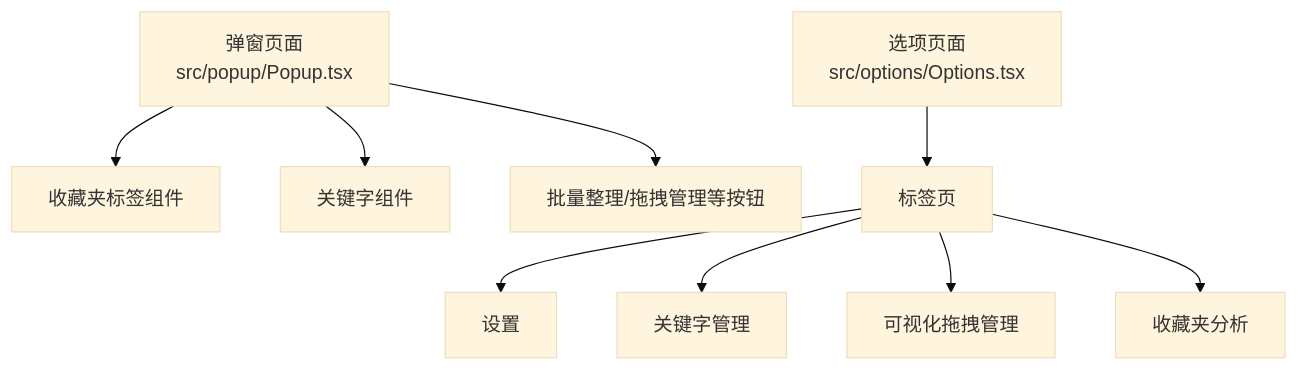
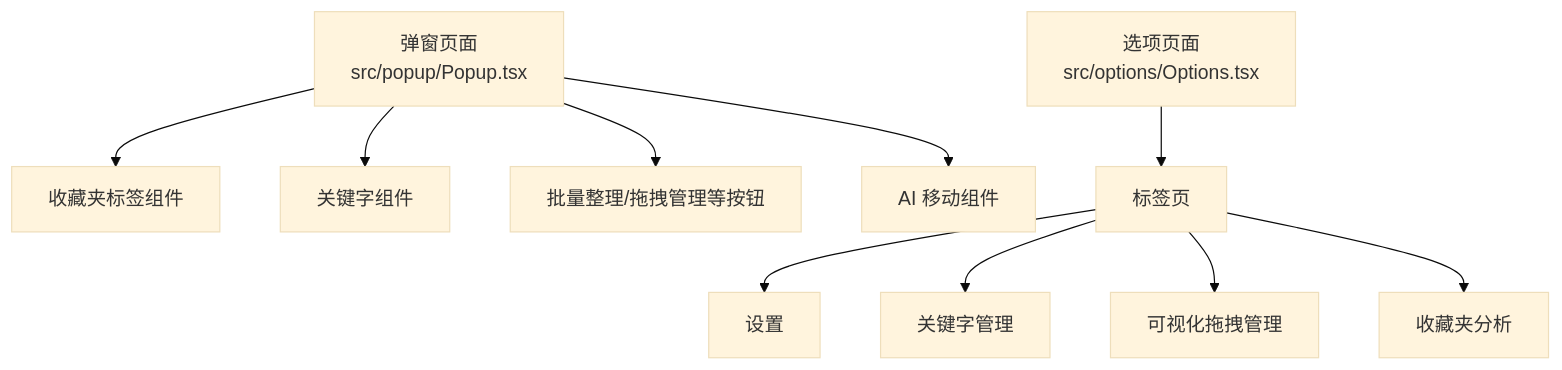
One commit to RadiumAg/bilibili-favorites changed the tenth of 11 diagrams in .qoder/repowiki/zh/content/核心功能模块/收藏夹管理系统.md. Above: the diagram before and after it, drawn with Mermaid (base theme). The commit also changed other lines of this file and 27 other files, not shown here.

````diff
--- a/.qoder/repowiki/zh/content/核心功能模块/收藏夹管理系统.md
+++ b/.qoder/repowiki/zh/content/核心功能模块/收藏夹管理系统.md
@@ -389,11 +482,12 @@
 ```mermaid
 graph TB
 Popup["弹窗页面<br/>src/popup/Popup.tsx"] --> FavoriteTag["收藏夹标签组件"]
 Popup --> Keyword["关键字组件"]
 Popup --> Actions["批量整理/拖拽管理等按钮"]
+Popup --> AIMove["AI 移动组件"]
 Options["选项页面<br/>src/options/Options.tsx"] --> Tabs["标签页"]
 Tabs --> Setting["设置"]
 Tabs --> KeywordMgr["关键字管理"]
 Tabs --> DragMgr["可视化拖拽管理"]
 Tabs --> Analysis["收藏夹分析"]
 ```
````
